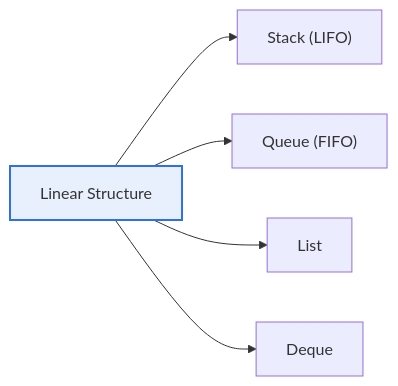
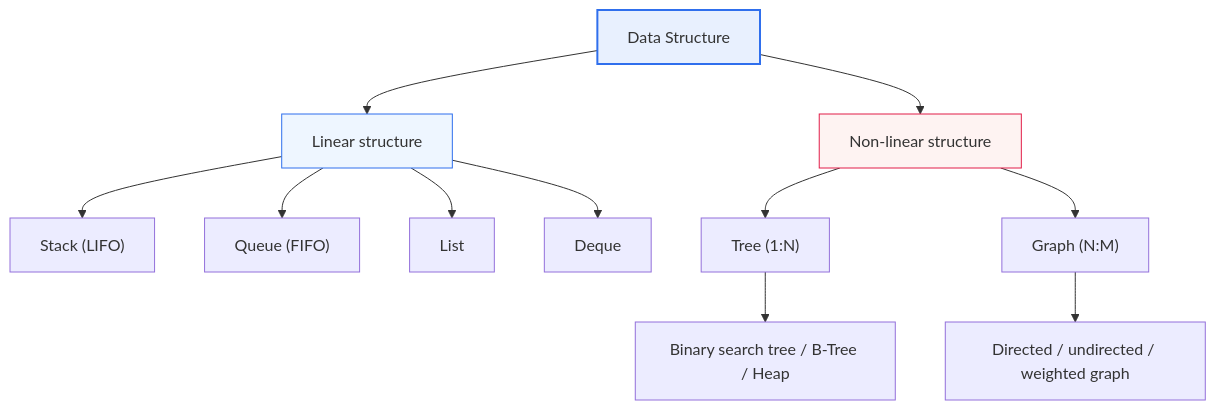
One commit to coninggu/wjdqhrhksflrltnftk changed the first of 2 diagrams in content/en/data-structure-linear-nonlinear.md. Above: the diagram before and after it, drawn with Mermaid. The commit also changed other lines of this file and 37 other files, not shown here.

````diff
--- a/content/en/data-structure-linear-nonlinear.md
+++ b/content/en/data-structure-linear-nonlinear.md
@@ -15,8 +23,16 @@
 ```mermaid
-flowchart LR
-  A[Linear Structure] --> S["Stack (LIFO)"]
-  A --> Q["Queue (FIFO)"]
-  A --> L[List]
-  A --> D[Deque]
-  style A fill:#e8f0fe,stroke:#2f6fed,stroke-width:2px
+flowchart TB
+  DS["Data Structure"] --> LN["Linear structure"]
+  DS --> NL["Non-linear structure"]
+  LN --> ST["Stack (LIFO)"]
+  LN --> QU["Queue (FIFO)"]
+  LN --> LI["List"]
+  LN --> DQ["Deque"]
+  NL --> TR["Tree (1:N)"]
+  NL --> GR["Graph (N:M)"]
+  TR --> BST["Binary search tree / B-Tree / Heap"]
+  GR --> DG["Directed / undirected / weighted graph"]
+  style DS fill:#e8f0fe,stroke:#2f6fed,stroke-width:2px
+  style LN fill:#eef6ff,stroke:#2f6fed
+  style NL fill:#fef3f2,stroke:#e11d48
 ```
````
